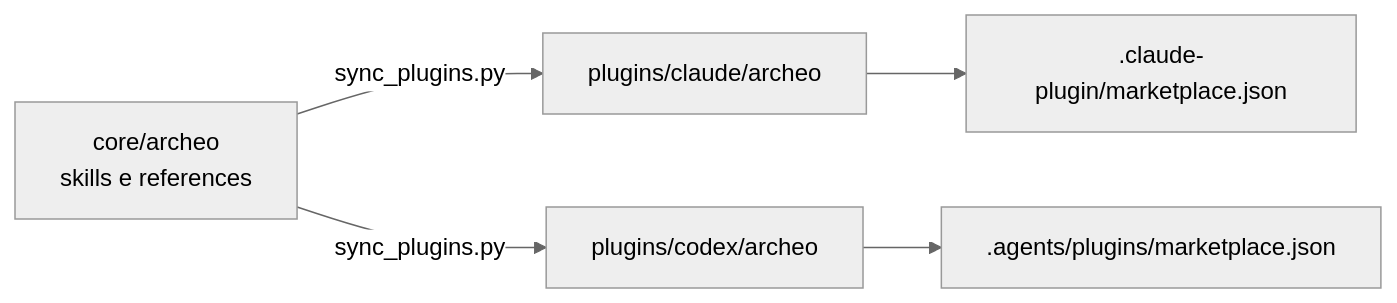
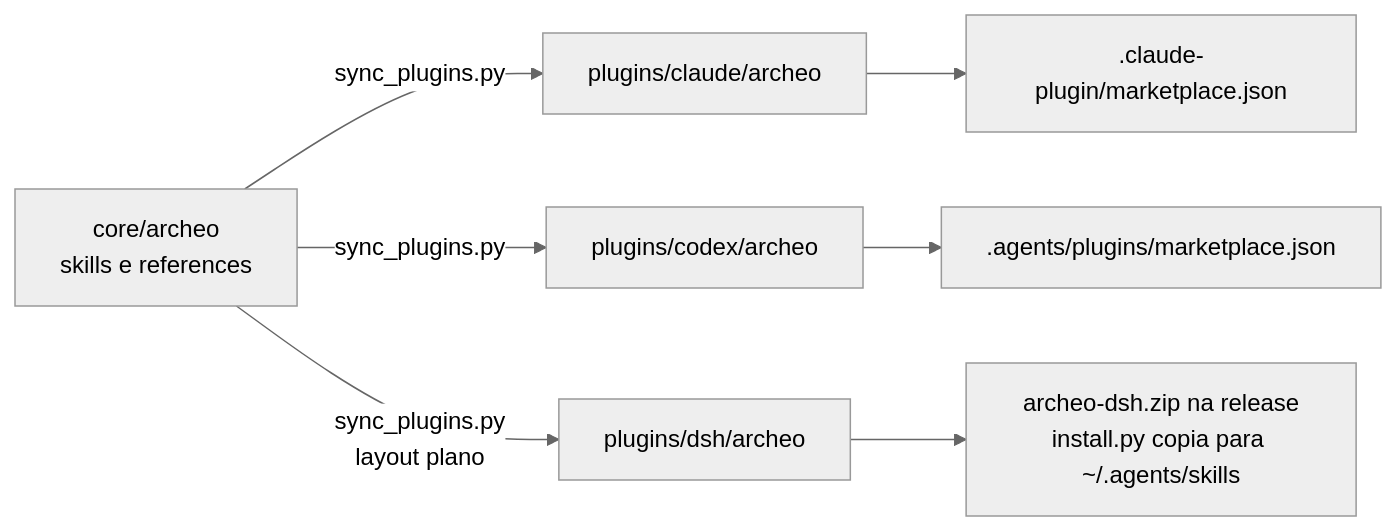
The second of 2 diagrams in README.md (cd2tec/archeo-harness-plugins), drawn with Mermaid (neutral theme) before and after one commit. The commit also changed other lines of this file and 52 other files, not shown here.

First line of the commit message:
DeepSeek Harness: pacote plugins/dsh/archeo com layout plano e install.py

````diff
--- a/README.md
+++ b/README.md
@@ -281,7 +295,9 @@
 ```mermaid
 flowchart LR
     C[core/archeo<br/>skills e references] -->|sync_plugins.py| CL[plugins/claude/archeo]
     C -->|sync_plugins.py| CX[plugins/codex/archeo]
     CL --> MC[.claude-plugin/marketplace.json]
     CX --> MX[.agents/plugins/marketplace.json]
+    C -->|sync_plugins.py<br/>layout plano| DS[plugins/dsh/archeo]
+    DS --> ZD[archeo-dsh.zip na release<br/>install.py copia para ~/.agents/skills]
 ```
````
